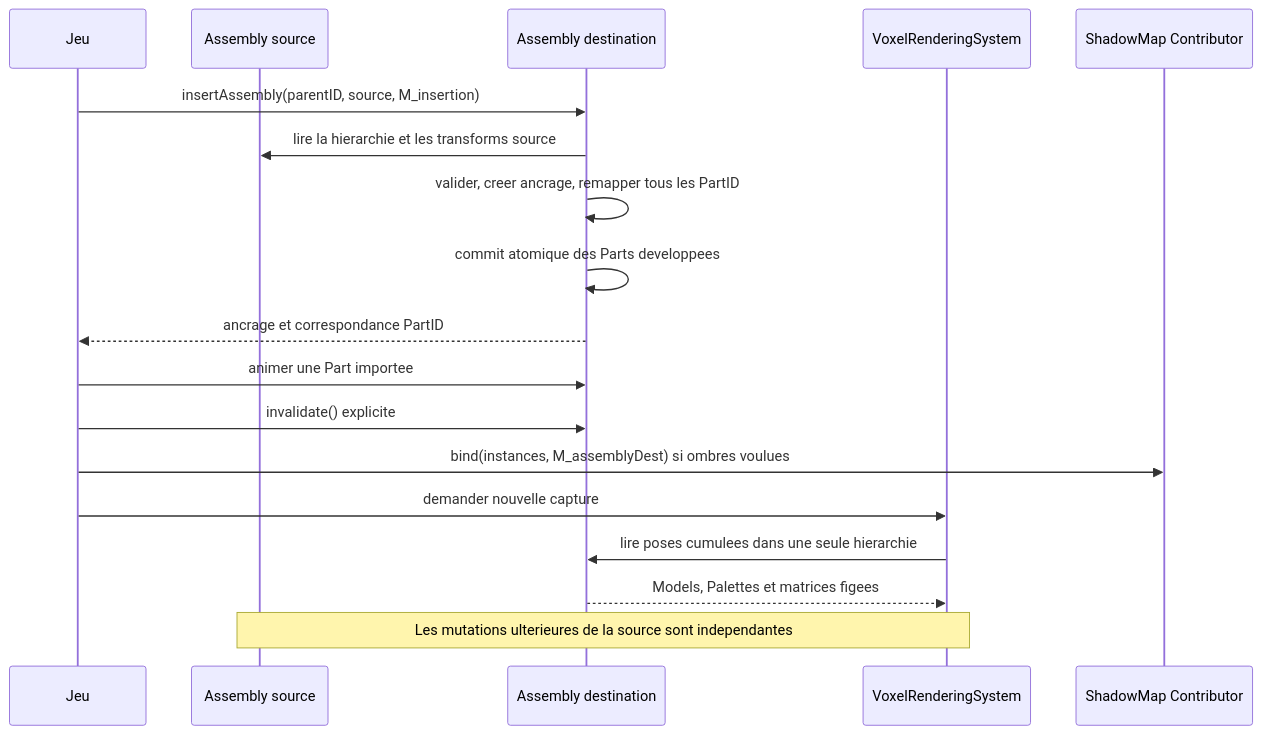
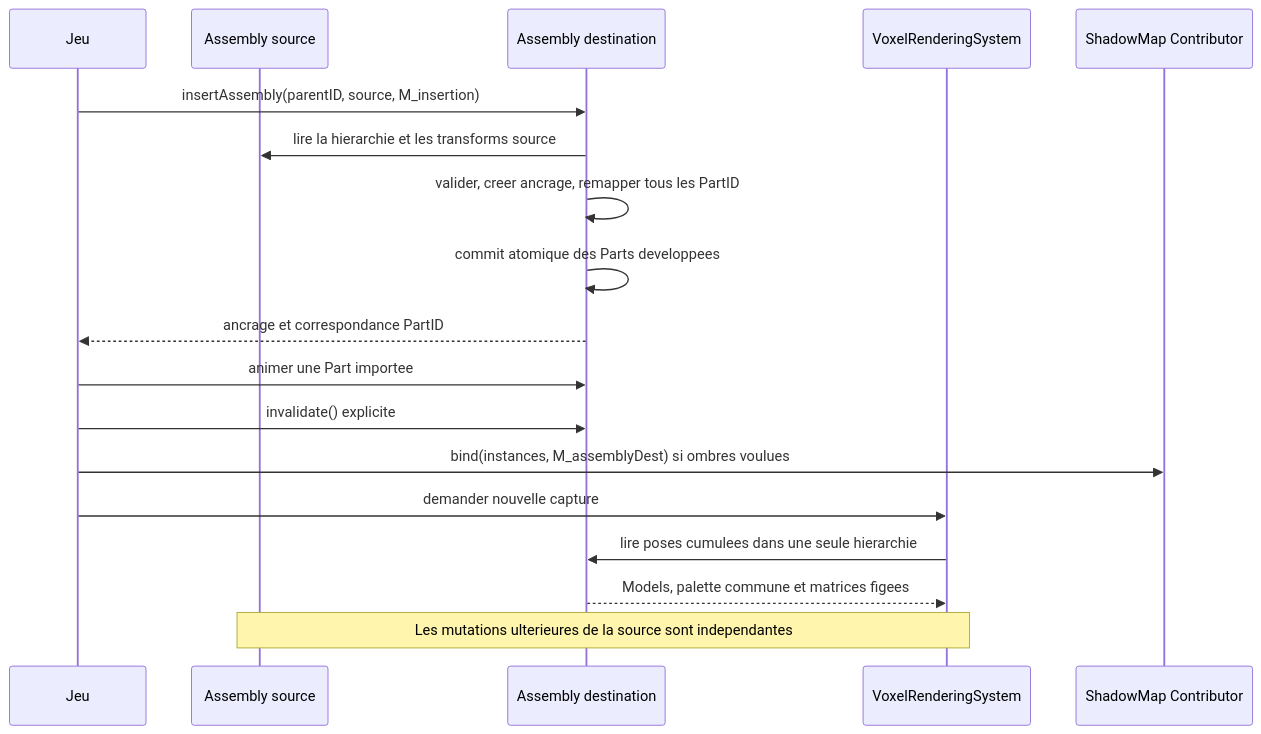
One commit to EreliaStudio/Sparkle changed the second of 2 diagrams in docs/voxel-engine-v0.1.4/06-assemblies-scene.md. Above: the diagram before and after it, drawn with Mermaid. The commit also changed other lines of this file and 1 other file, not shown here.

Commit message:
docs(PR-08): remove outdated per-Part palette wording

````diff
--- a/docs/voxel-engine-v0.1.4/06-assemblies-scene.md
+++ b/docs/voxel-engine-v0.1.4/06-assemblies-scene.md
@@ -62,20 +62,20 @@
 ```mermaid
 sequenceDiagram
   participant J as Jeu
   participant S as Assembly source
   participant D as Assembly destination
   participant V as VoxelRenderingSystem
   participant C as ShadowMap Contributor
   J->>D: insertAssembly(parentID, source, M_insertion)
   D->>S: lire la hierarchie et les transforms source
   D->>D: valider, creer ancrage, remapper tous les PartID
   D->>D: commit atomique des Parts developpees
   D-->>J: ancrage et correspondance PartID
   J->>D: animer une Part importee
   J->>D: invalidate() explicite
   J->>C: bind(instances, M_assemblyDest) si ombres voulues
   J->>V: demander nouvelle capture
   V->>D: lire poses cumulees dans une seule hierarchie
-  D-->>V: Models, Palettes et matrices figees
+  D-->>V: Models, palette commune et matrices figees
   Note over S,V: Les mutations ulterieures de la source sont independantes
 ```
````
